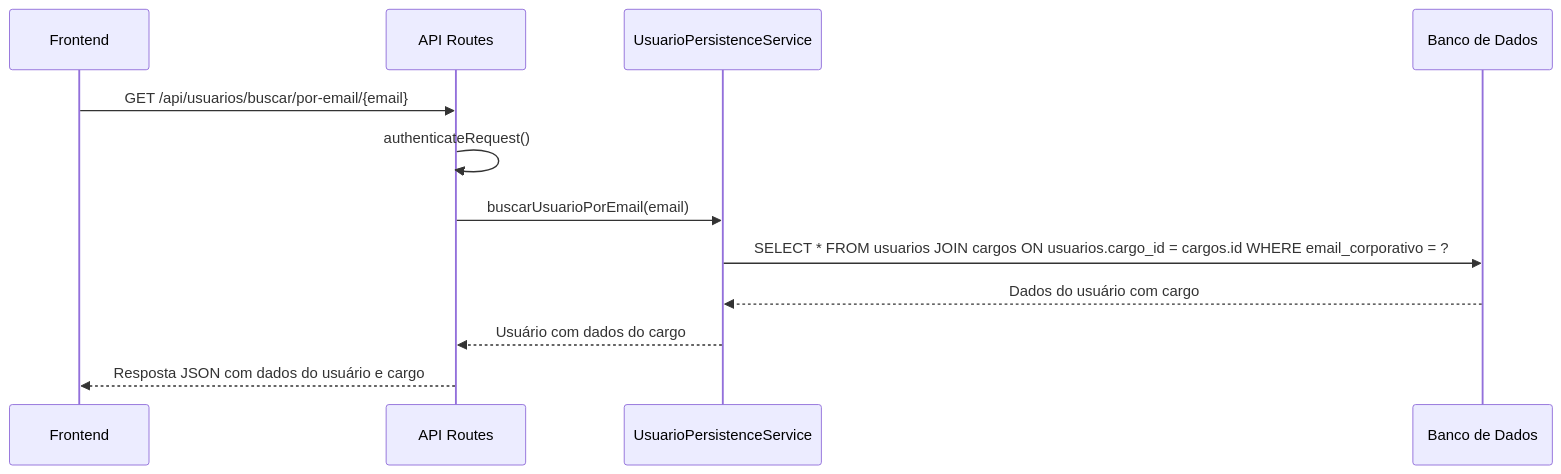
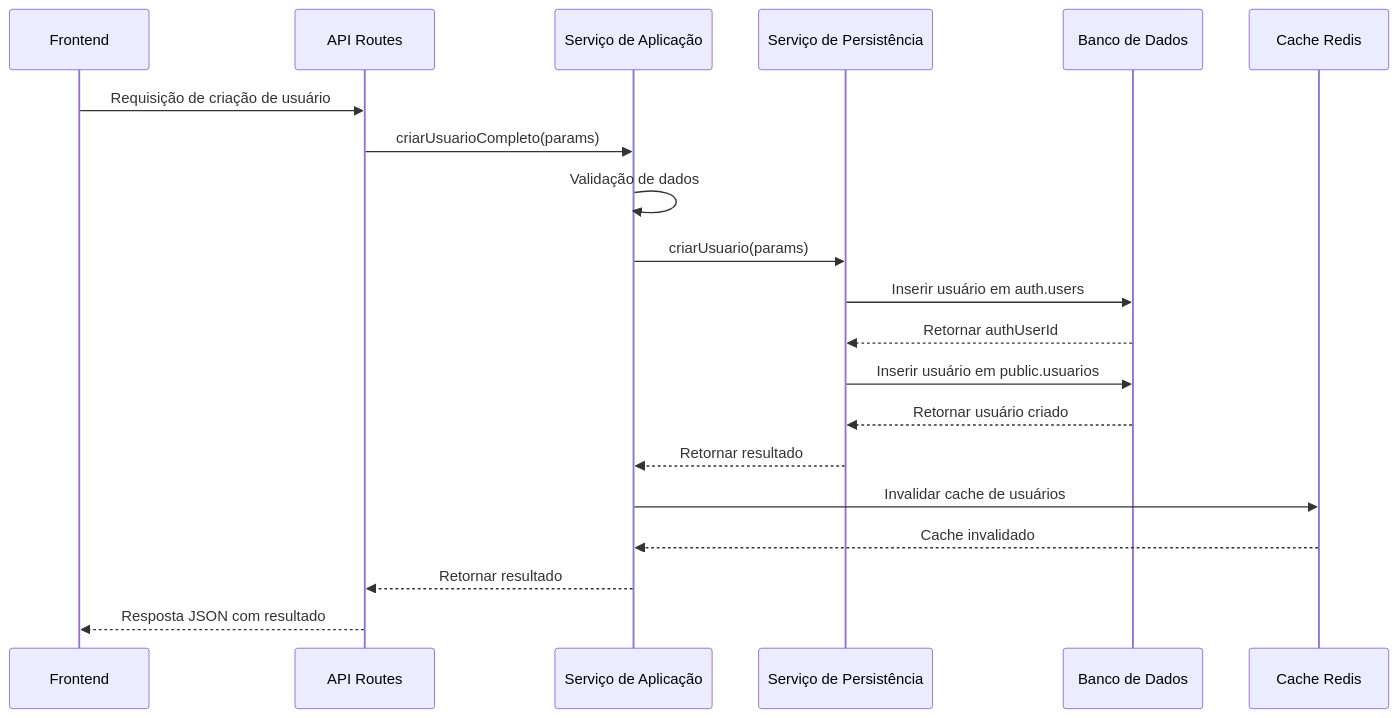
The second of 7 diagrams in .qoder/repowiki/pt/content/Módulos de Funcionalidade/Gestao Usuarios Permissoes.md (SinesysTech/zattar-os), drawn with Mermaid before and after one commit. The commit also changed other lines of this file and 14 other files, not shown here.

````diff
--- a/.qoder/repowiki/pt/content/Módulos de Funcionalidade/Gestao Usuarios Permissoes.md
+++ b/.qoder/repowiki/pt/content/Módulos de Funcionalidade/Gestao Usuarios Permissoes.md
@@ -87,14 +85,22 @@
 ```mermaid
 sequenceDiagram
 participant Frontend as Frontend
 participant API as API Routes
-participant Service as UsuarioPersistenceService
+participant AppService as Serviço de Aplicação
+participant Persistence as Serviço de Persistência
 participant DB as Banco de Dados
-Frontend->>API : GET /api/usuarios/buscar/por-email/{email}
-API->>API : authenticateRequest()
-API->>Service : buscarUsuarioPorEmail(email)
-Service->>DB : SELECT * FROM usuarios JOIN cargos ON usuarios.cargo_id = cargos.id WHERE email_corporativo = ?
-DB-->>Service : Dados do usuário com cargo
-Service-->>API : Usuário com dados do cargo
-API-->>Frontend : Resposta JSON com dados do usuário e cargo
+participant Redis as Cache Redis
+Frontend->>API : Requisição de criação de usuário
+API->>AppService : criarUsuarioCompleto(params)
+AppService->>AppService : Validação de dados
+AppService->>Persistence : criarUsuario(params)
+Persistence->>DB : Inserir usuário em auth.users
+DB-->>Persistence : Retornar authUserId
+Persistence->>DB : Inserir usuário em public.usuarios
+DB-->>Persistence : Retornar usuário criado
+Persistence-->>AppService : Retornar resultado
+AppService->>Redis : Invalidar cache de usuários
+Redis-->>AppService : Cache invalidado
+AppService-->>API : Retornar resultado
+API-->>Frontend : Resposta JSON com resultado
 ```
````
